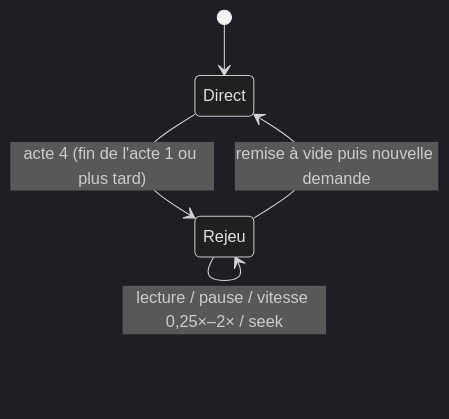
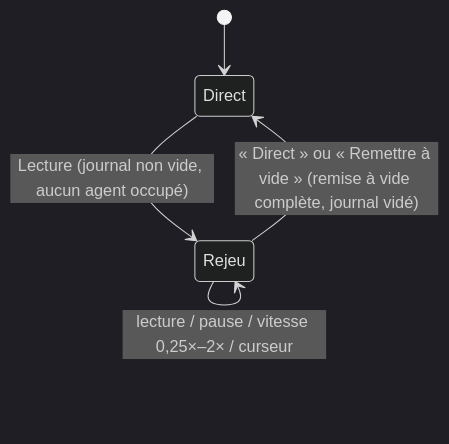
Before and after one commit to b-fontaine/ai_voice_ui: the diagram in product/architecture/replay.md, drawn with Mermaid (dark theme). The commit also changed other lines of this file and 6 other files, not shown here.

````diff
--- a/product/architecture/replay.md
+++ b/product/architecture/replay.md
@@ -54,7 +51,7 @@
 ```mermaid
 stateDiagram-v2
   [*] --> Direct
-  Direct --> Rejeu: acte 4 (fin de l'acte 1 ou plus tard)
-  Rejeu --> Rejeu: lecture / pause / vitesse 0,25×–2× / seek
-  Rejeu --> Direct: remise à vide puis nouvelle demande
+  Direct --> Rejeu: Lecture (journal non vide, aucun agent occupé)
+  Rejeu --> Rejeu: lecture / pause / vitesse 0,25×–2× / curseur
+  Rejeu --> Direct: « Direct » ou « Remettre à vide » (remise à vide complète, journal vidé)
 ```
````
